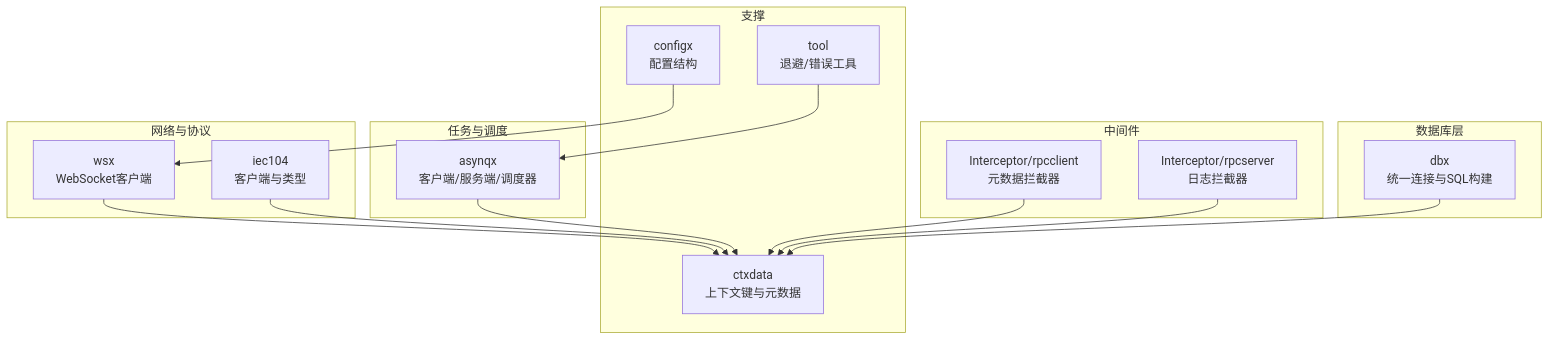
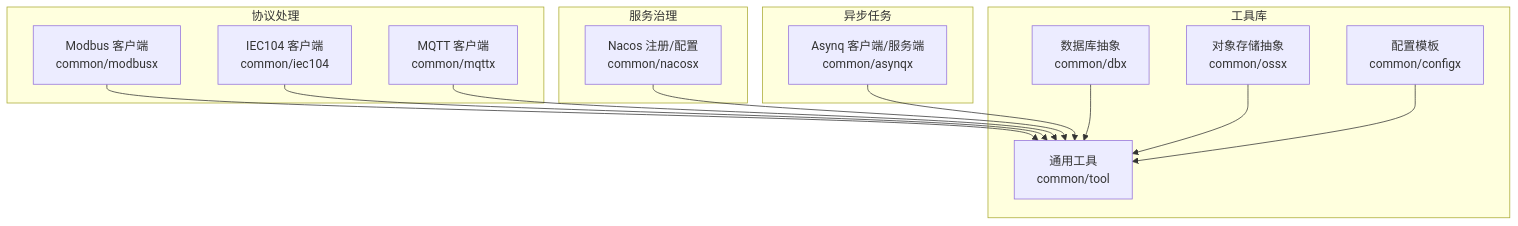
The first of 9 diagrams in .qoder/repowiki/zh/content/公共组件库/公共组件库.md (maomao94/zero-service), drawn with Mermaid before and after one commit. The commit also changed other lines of this file and 362 other files, not shown here.

````diff
--- a/.qoder/repowiki/zh/content/公共组件库/公共组件库.md
+++ b/.qoder/repowiki/zh/content/公共组件库/公共组件库.md
@@ -58,30 +44,28 @@
 ```mermaid
 graph TB
-subgraph "数据库层"
-DBX["dbx<br/>统一连接与SQL构建"]
+subgraph "协议处理"
+MB["Modbus 客户端<br/>common/modbusx"]
+IECC["IEC104 客户端<br/>common/iec104"]
+MQTT["MQTT 客户端<br/>common/mqttx"]
 end
-subgraph "网络与协议"
-WSX["wsx<br/>WebSocket客户端"]
-IEC["iec104<br/>客户端与类型"]
+subgraph "服务治理"
+NAC["Nacos 注册/配置<br/>common/nacosx"]
 end
-subgraph "任务与调度"
-ASYNQ["asynqx<br/>客户端/服务端/调度器"]
+subgraph "异步任务"
+ASQ["Asynq 客户端/服务端<br/>common/asynqx"]
 end
-subgraph "中间件"
-INT_RPC["Interceptor/rpcclient<br/>元数据拦截器"]
-INT_SRV["Interceptor/rpcserver<br/>日志拦截器"]
+subgraph "工具库"
+TOOL["通用工具<br/>common/tool"]
+DBX["数据库抽象<br/>common/dbx"]
+OSS["对象存储抽象<br/>common/ossx"]
+CFG["配置模板<br/>common/configx"]
 end
-subgraph "支撑"
-CTX["ctxdata<br/>上下文键与元数据"]
-TOOL["tool<br/>退避/错误工具"]
-CONF["configx<br/>配置结构"]
-end
-WSX --> CTX
-IEC --> CTX
-ASYNQ --> CTX
-INT_RPC --> CTX
-INT_SRV --> CTX
-DBX --> CTX
-TOOL --> ASYNQ
-CONF --> WSX
+MB --> TOOL
+IECC --> TOOL
+MQTT --> TOOL
+NAC --> TOOL
+ASQ --> TOOL
+DBX --> TOOL
+OSS --> TOOL
+CFG --> TOOL
 ```
````
